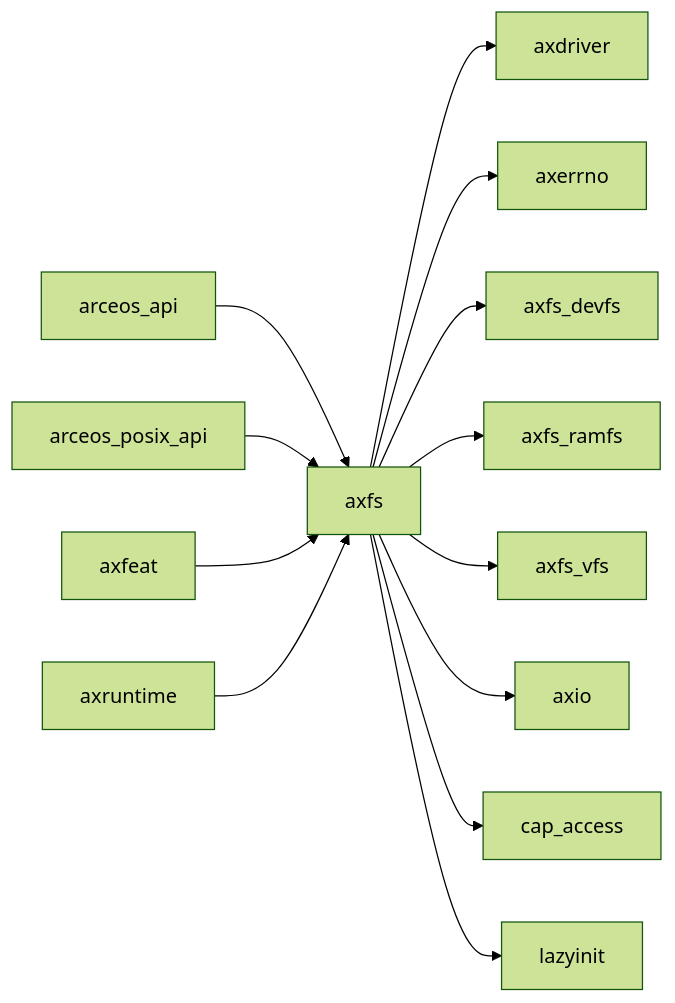
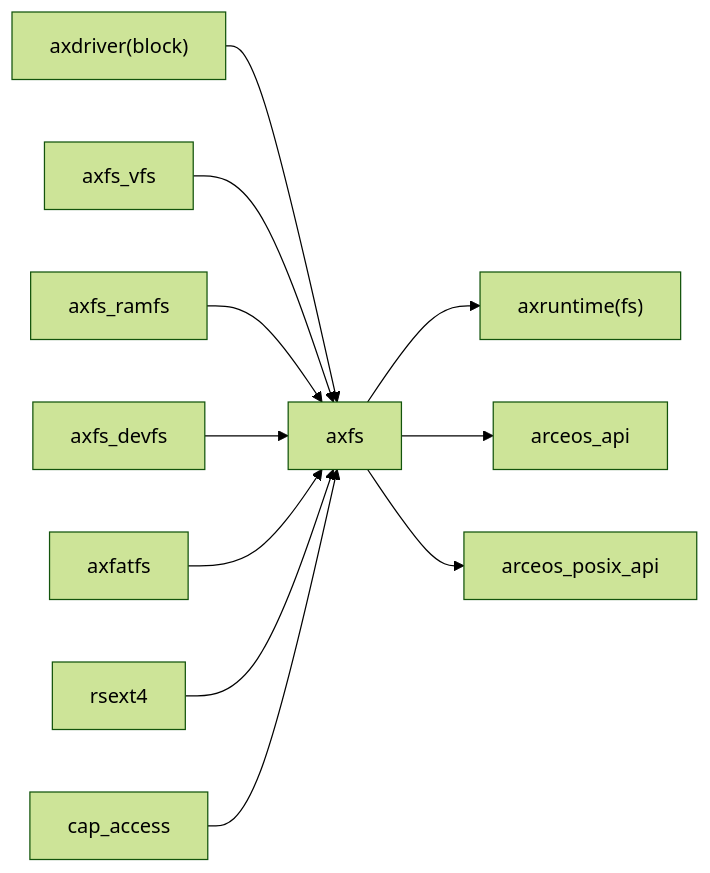
The second of 2 diagrams in docs/crates/axfs.md (rcore-os/tgoskits), drawn with Mermaid (forest theme) before and after one commit. The commit also changed other lines of this file and 99 other files, not shown here.

````diff
--- a/docs/crates/axfs.md
+++ b/docs/crates/axfs.md
@@ -37,16 +100,14 @@
 ```mermaid
 graph LR
-    current["axfs"]
-    current --> axdriver["axdriver"]
-    current --> axerrno["axerrno"]
-    current --> axfs_devfs["axfs_devfs"]
-    current --> axfs_ramfs["axfs_ramfs"]
-    current --> axfs_vfs["axfs_vfs"]
-    current --> axio["axio"]
-    current --> cap_access["cap_access"]
-    current --> lazyinit["lazyinit"]
-    arceos_api["arceos_api"] --> current
-    arceos_posix_api["arceos_posix_api"] --> current
-    axfeat["axfeat"] --> current
-    axruntime["axruntime"] --> current
+    axdriver["axdriver(block)"] --> current["axfs"]
+    axfs_vfs["axfs_vfs"] --> current
+    axfs_ramfs["axfs_ramfs"] --> current
+    axfs_devfs["axfs_devfs"] --> current
+    axfatfs["axfatfs"] --> current
+    rsext4["rsext4"] --> current
+    cap_access["cap_access"] --> current
+
+    current --> axruntime["axruntime(fs)"]
+    current --> arceos_api["arceos_api"]
+    current --> arceos_posix_api["arceos_posix_api"]
 ```
````
